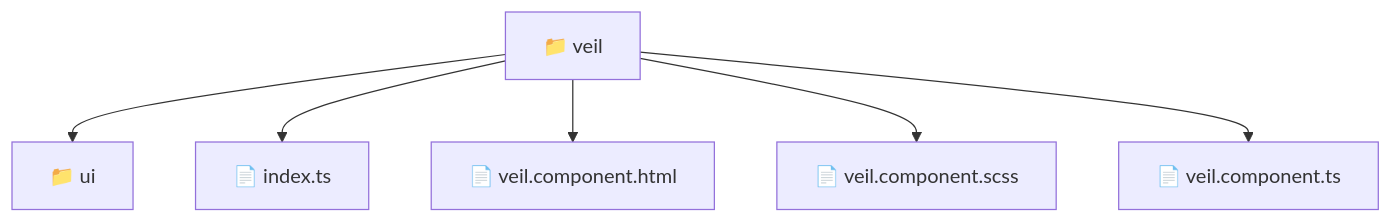
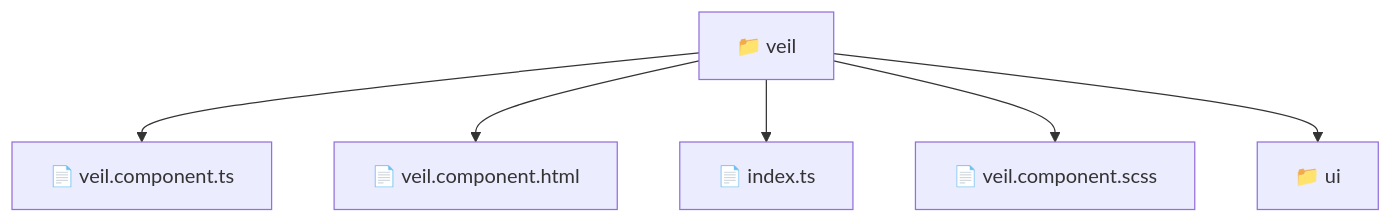
Before and after one commit to beginwebdev2002/fullstack-mavluda: the diagram in frontend/src/pages/veil/README.md, drawn with Mermaid. The commit also changed other lines of this file and 164 other files, not shown here.

First line of the commit message:
docs: generate robust autonomous architectural documentation

````diff
--- a/frontend/src/pages/veil/README.md
+++ b/frontend/src/pages/veil/README.md
@@ -11,9 +11,9 @@
 ```mermaid
 graph TD
-  Root["📁 veil"]
-  Root --> ui["📁 ui"]
-  Root --> index_ts["📄 index.ts"]
-  Root --> veil_component_html["📄 veil.component.html"]
-  Root --> veil_component_scss["📄 veil.component.scss"]
-  Root --> veil_component_ts["📄 veil.component.ts"]
+    f_veil["📁 veil"]
+    f_veil --> f_veil_component_ts["📄 veil.component.ts"]
+    f_veil --> f_veil_component_html["📄 veil.component.html"]
+    f_veil --> f_index_ts["📄 index.ts"]
+    f_veil --> f_veil_component_scss["📄 veil.component.scss"]
+    f_veil --> f_ui["📁 ui"]
 ```
````
